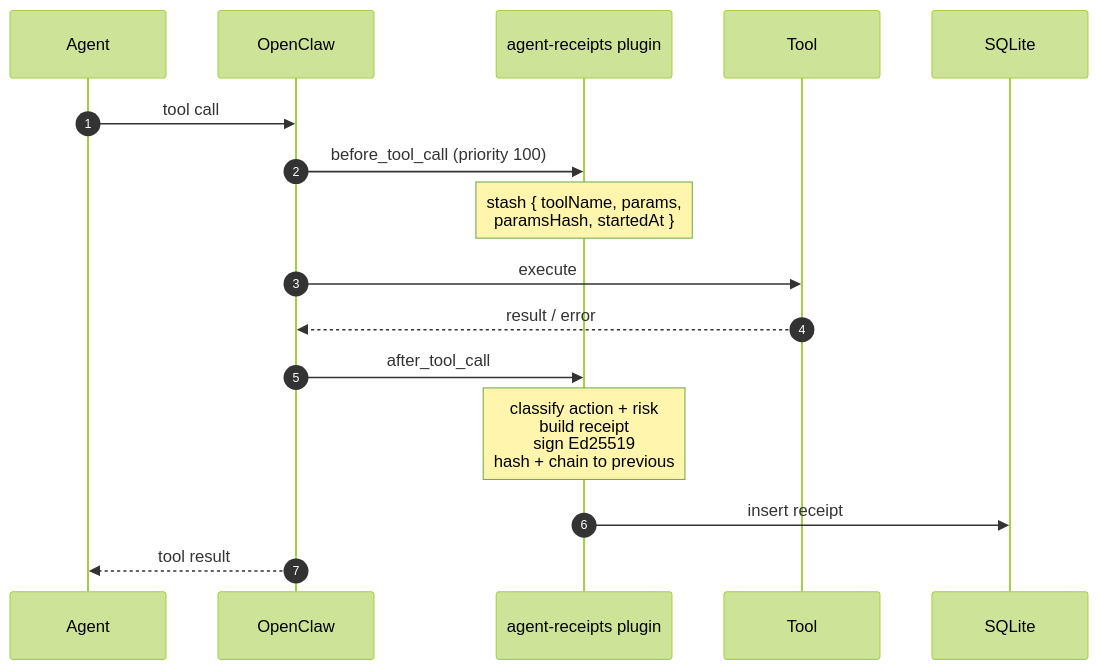
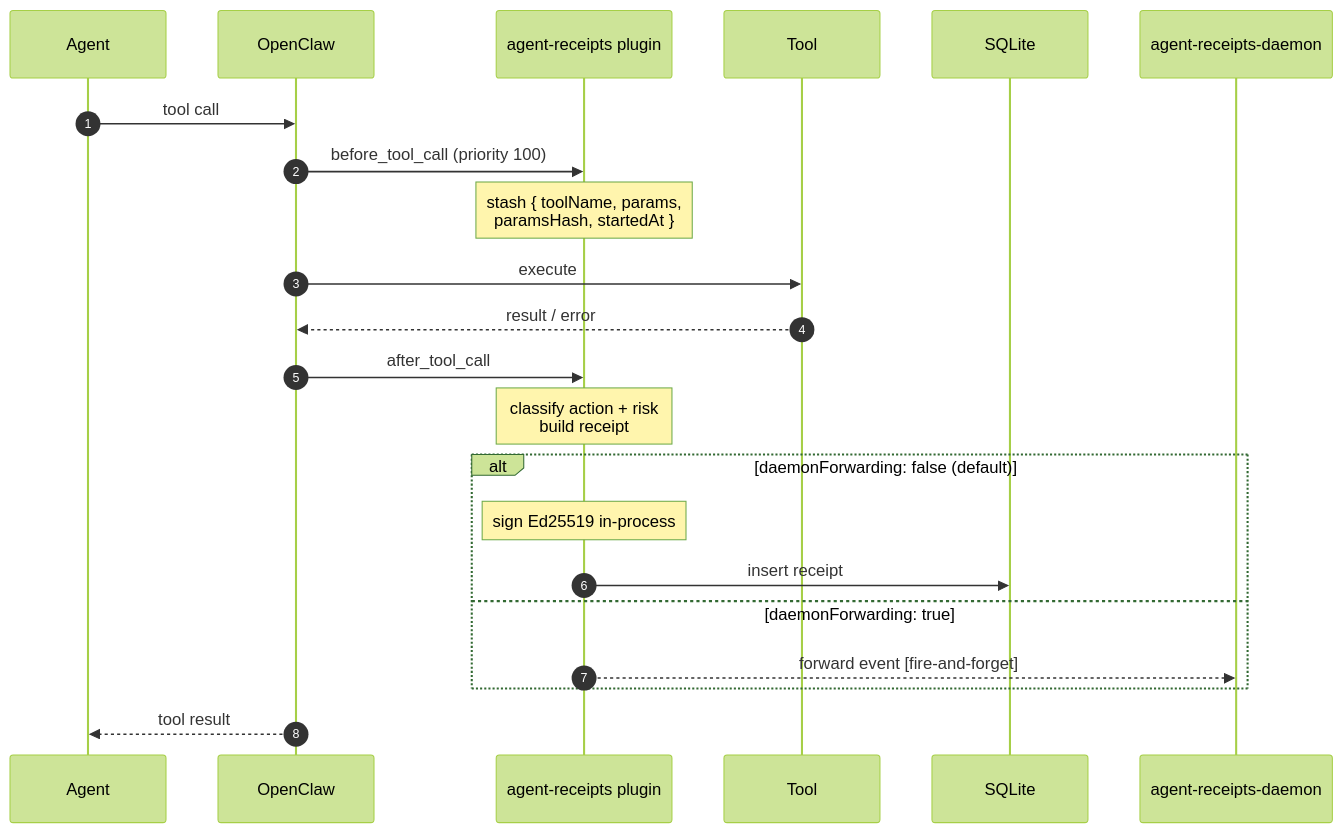
One commit to agent-receipts/ar changed the second of 2 diagrams in site/src/content/docs/blog/openclaw-plugin-deep-dive.mdx. Above: the diagram before and after it, drawn with Mermaid (forest theme). The commit also changed other lines of this file and 1 other file, not shown here.

First paragraph of the commit message:
docs(site): Track 5 existing-diagram fixes — Gap 2.2, 7.1 (issue #291) (#399)
* docs(site): Track 5 existing-diagram fixes — Gap 2.2, 7.1 (#291)

````diff
--- a/site/src/content/docs/blog/openclaw-plugin-deep-dive.mdx
+++ b/site/src/content/docs/blog/openclaw-plugin-deep-dive.mdx
@@ -43,19 +43,25 @@
 ```mermaid
 sequenceDiagram
     autonumber
     participant Agent
     participant OpenClaw
     participant Plugin as agent-receipts plugin
     participant Tool
     participant DB as SQLite
+    participant Daemon as agent-receipts-daemon
 
     Agent->>OpenClaw: tool call
     OpenClaw->>Plugin: before_tool_call (priority 100)
     Note over Plugin: stash { toolName, params,<br/>paramsHash, startedAt }
     OpenClaw->>Tool: execute
     Tool-->>OpenClaw: result / error
     OpenClaw->>Plugin: after_tool_call
-    Note over Plugin: classify action + risk<br/>build receipt<br/>sign Ed25519<br/>hash + chain to previous
-    Plugin->>DB: insert receipt
+    Note over Plugin: classify action + risk<br/>build receipt
+    alt daemonForwarding: false (default)
+      Note over Plugin: sign Ed25519 in-process
+      Plugin->>DB: insert receipt
+    else daemonForwarding: true
+      Plugin-->>Daemon: forward event [fire-and-forget]
+    end
     OpenClaw-->>Agent: tool result
 ```
````
